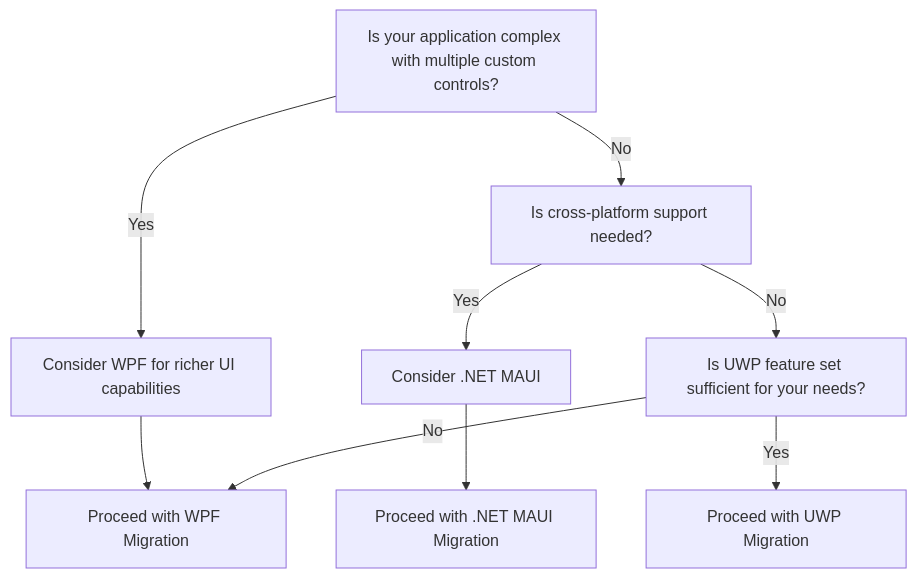
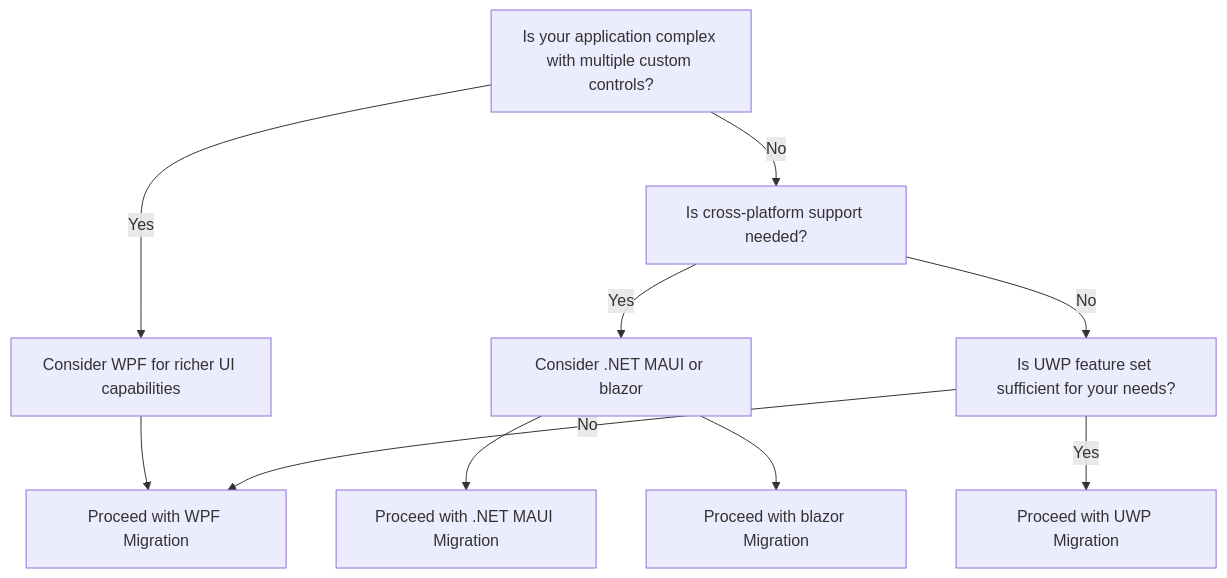
One commit to Tyler-R-Kendrick/dotnet-migrations changed the diagram in docs/Technologies/WinForms/README.md. Above: the diagram before and after it, drawn with Mermaid. The commit also changed other lines of this file, not shown here.

````diff
--- a/docs/Technologies/WinForms/README.md
+++ b/docs/Technologies/WinForms/README.md
@@ -9,11 +9,12 @@
 ```mermaid
 graph TD;
     A[Is your application complex with multiple custom controls?] -->|Yes| B[Consider WPF for richer UI capabilities]
     A -->|No| C[Is cross-platform support needed?]
     B --> D[Proceed with WPF Migration]
-    C -->|Yes| E[Consider .NET MAUI]
+    C -->|Yes| E[Consider .NET MAUI or blazor]
     C -->|No| F[Is UWP feature set sufficient for your needs?]
     E --> G[Proceed with .NET MAUI Migration]
-    F -->|Yes| H[Proceed with UWP Migration]
+    E --> H[Proceed with blazor Migration]
+    F -->|Yes| I[Proceed with UWP Migration]
     F -->|No| D
 ```
````
